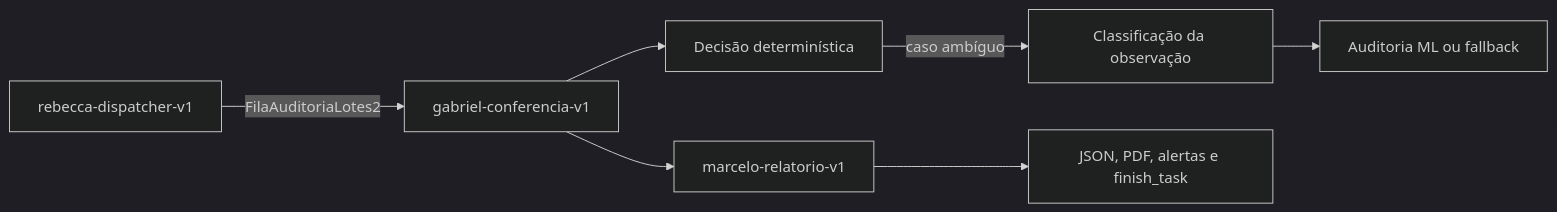
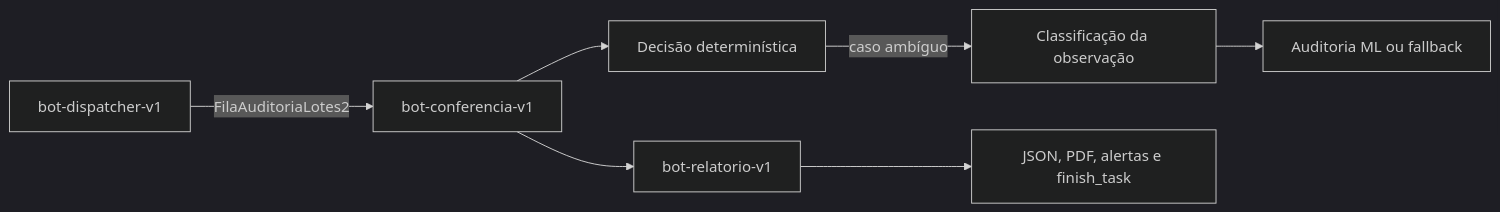
Before and after one commit to g-f307/conferencia-de-lotes: the first of 2 diagrams in docs/REVISAO_BPMN_PDD.md, drawn with Mermaid (dark theme). The commit also changed other lines of this file and 7 other files, not shown here.

````diff
--- a/docs/REVISAO_BPMN_PDD.md
+++ b/docs/REVISAO_BPMN_PDD.md
@@ -76,9 +79,9 @@
 ```mermaid
 flowchart LR
-    A[rebecca-dispatcher-v1] -->|FilaAuditoriaLotes2| B[gabriel-conferencia-v1]
+    A[bot-dispatcher-v1] -->|FilaAuditoriaLotes2| B[bot-conferencia-v1]
     B --> RULES[Decisão determinística]
     RULES -->|caso ambíguo| ML[Classificação da observação]
     ML --> AUDIT[Auditoria ML ou fallback]
-    B --> C[marcelo-relatorio-v1]
+    B --> C[bot-relatorio-v1]
     C --> OUTPUT[JSON, PDF, alertas e finish_task]
 ```
````
